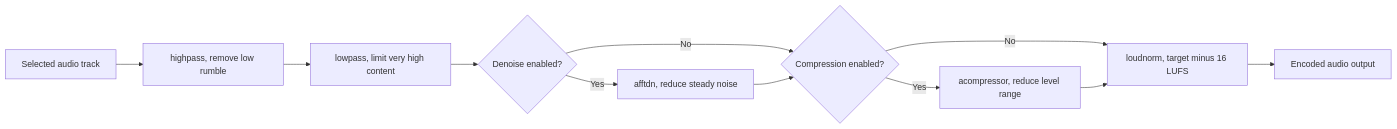
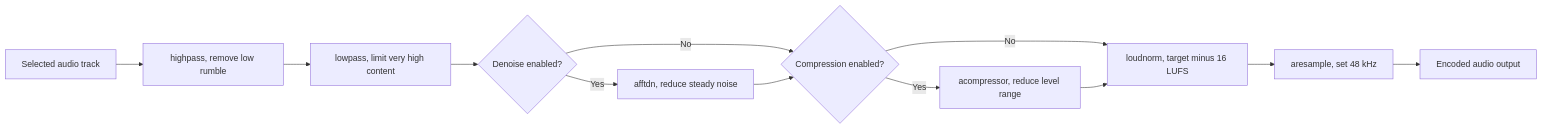
Before and after one commit to Imanm02/flowmpeg: the third of 3 diagrams in docs/visual-guide.md, drawn with Mermaid. The commit also changed other lines of this file and 4 other files, not shown here.

````diff
--- a/docs/visual-guide.md
+++ b/docs/visual-guide.md
@@ -169,13 +169,14 @@
 ```mermaid
 flowchart LR
     A["Selected audio track"] --> B["highpass, remove low rumble"]
     B --> C["lowpass, limit very high content"]
     C --> D{"Denoise enabled?"}
     D -->|"Yes"| E["afftdn, reduce steady noise"]
     D -->|"No"| F{"Compression enabled?"}
     E --> F
     F -->|"Yes"| G["acompressor, reduce level range"]
     F -->|"No"| H["loudnorm, target minus 16 LUFS"]
     G --> H
-    H --> I["Encoded audio output"]
+    H --> I["aresample, set 48 kHz"]
+    I --> J["Encoded audio output"]
 ```
````
